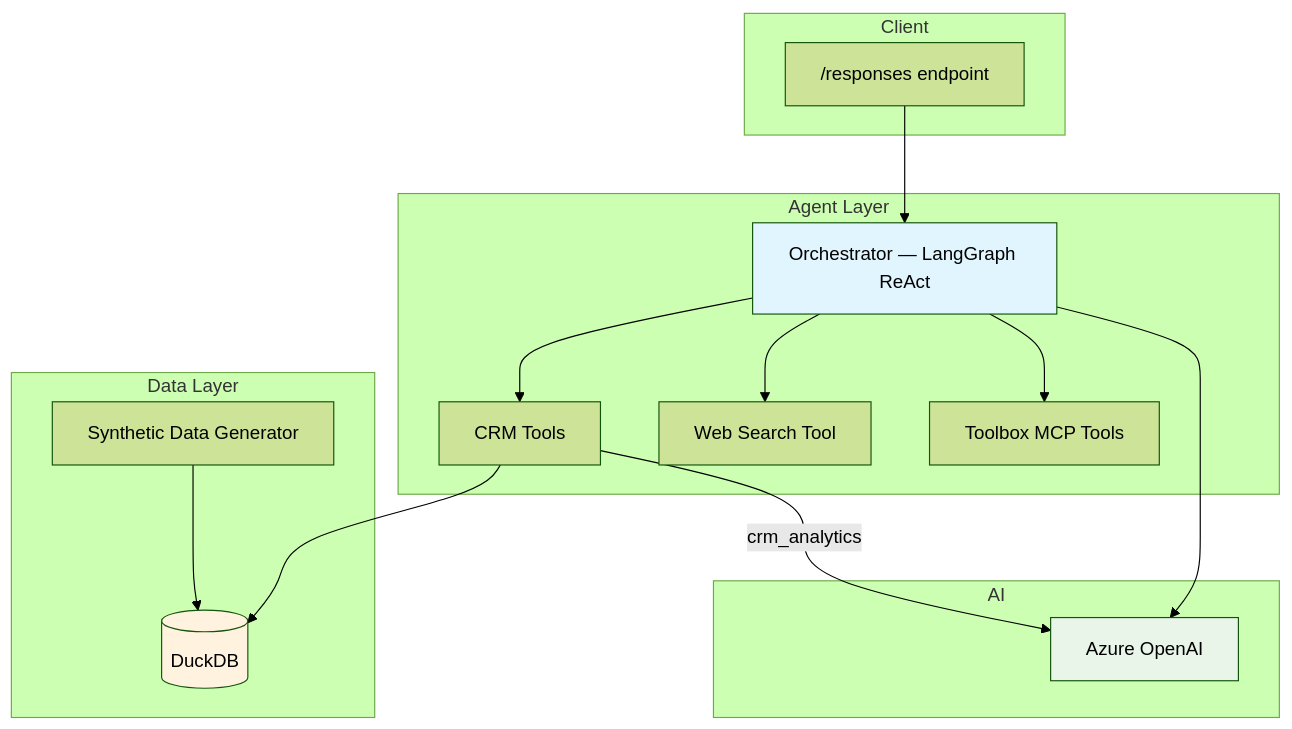
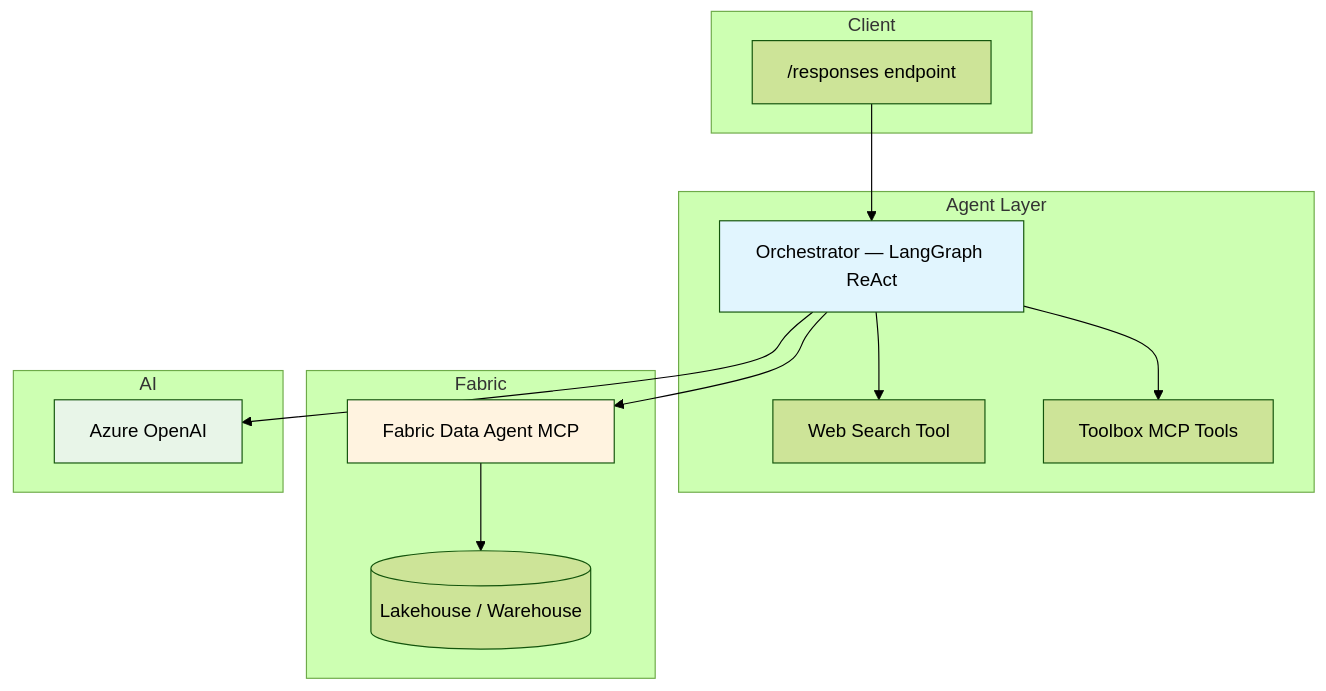
Before and after one commit to Ritaja/foundry-langgraph-toolbox: the diagram in README.md, drawn with Mermaid (forest theme). The commit also changed other lines of this file and 16 other files, not shown here.

First line of the commit message:
Replace DuckDB CRM with Fabric Data Agent MCP integration

````diff
--- a/README.md
+++ b/README.md
@@ -17,35 +17,32 @@
 ```mermaid
 graph TB
     subgraph "Client"
         API["/responses endpoint"]
     end
 
     subgraph "Agent Layer"
         ORCH[Orchestrator — LangGraph ReAct]
-        CRM_TOOLS[CRM Tools]
         WEB[Web Search Tool]
-        MCP[Toolbox MCP Tools]
+        MCP_TB[Toolbox MCP Tools]
     end
 
-    subgraph "Data Layer"
-        DUCKDB[(DuckDB)]
-        SYNTH[Synthetic Data Generator]
+    subgraph "Fabric"
+        FABRIC_MCP[Fabric Data Agent MCP]
+        LAKEHOUSE[(Lakehouse / Warehouse)]
     end
 
     subgraph "AI"
         LLM[Azure OpenAI]
     end
 
     API --> ORCH
-    ORCH --> CRM_TOOLS
+    ORCH --> FABRIC_MCP
     ORCH --> WEB
-    ORCH --> MCP
-    CRM_TOOLS --> DUCKDB
-    SYNTH --> DUCKDB
+    ORCH --> MCP_TB
+    FABRIC_MCP --> LAKEHOUSE
     ORCH --> LLM
-    CRM_TOOLS -->|crm_analytics| LLM
 
     style ORCH fill:#e1f5fe
-    style DUCKDB fill:#fff3e0
+    style FABRIC_MCP fill:#fff3e0
     style LLM fill:#e8f5e8
 ```
````
